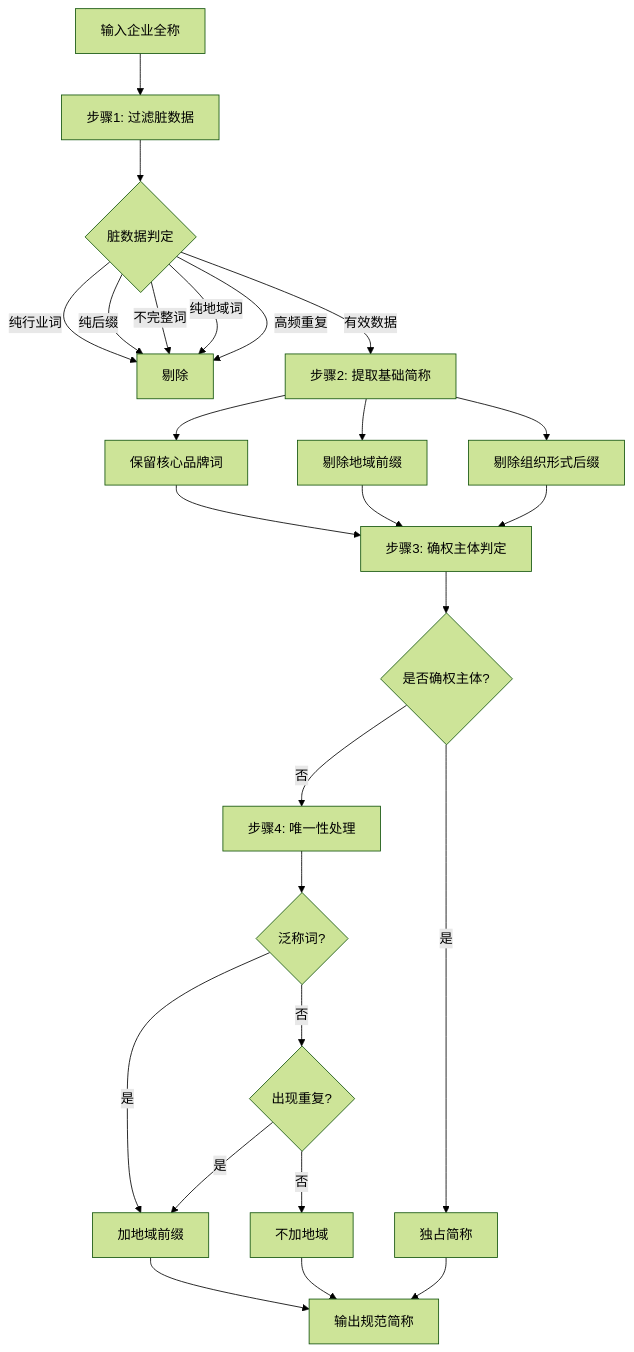
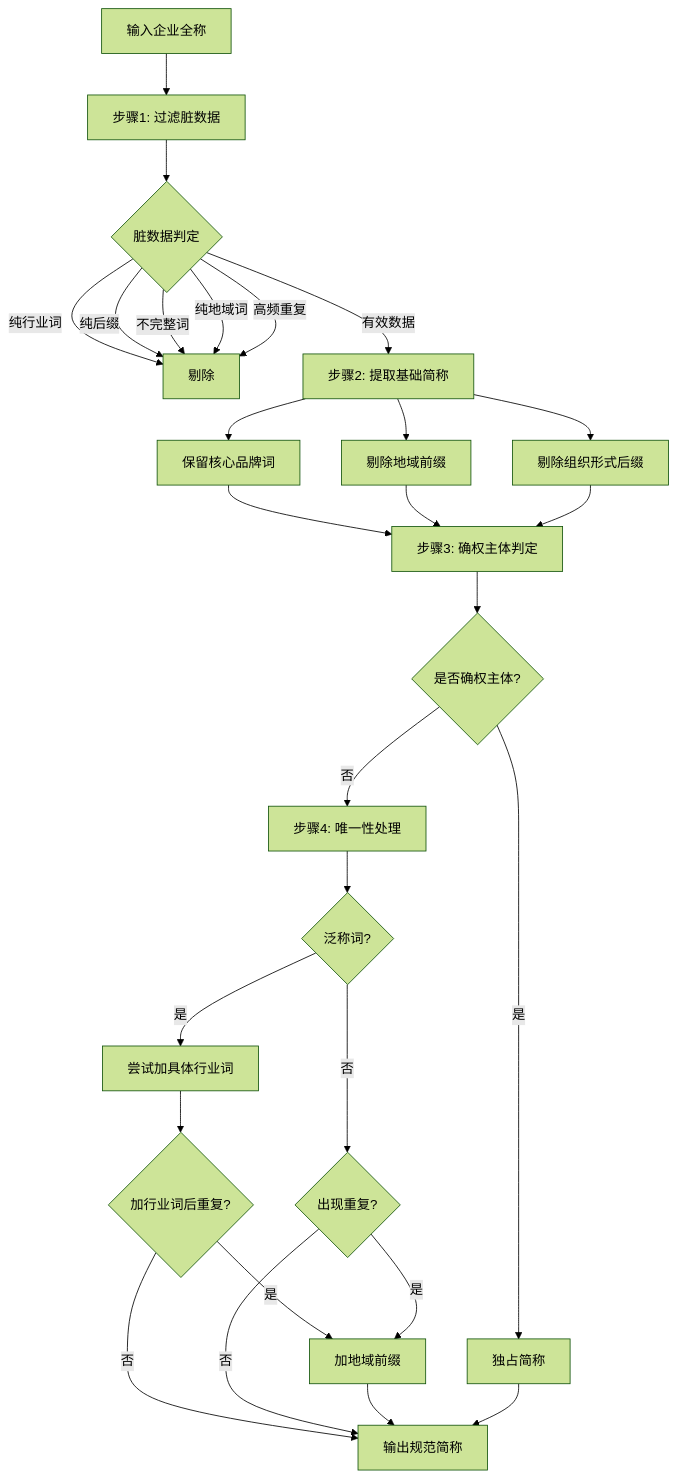
One commit to ayulu01-crypto/company-short-name changed the diagram in README.md. Above: the diagram before and after it, drawn with Mermaid (forest theme). The commit also changed other lines of this file, not shown here.

````diff
--- a/README.md
+++ b/README.md
@@ -31,33 +31,37 @@
 ```mermaid
 graph TD
     A[输入企业全称] --> B[步骤1: 过滤脏数据]
     B --> C{脏数据判定}
     C -->|纯行业词| D[剔除]
     C -->|纯后缀| D
     C -->|不完整词| D
     C -->|纯地域词| D
     C -->|高频重复| D
     C -->|有效数据| E[步骤2: 提取基础简称]
 
     E --> F[保留核心品牌词]
     E --> G[剔除地域前缀]
     E --> H[剔除组织形式后缀]
 
     F --> I[步骤3: 确权主体判定]
     G --> I
     H --> I
 
     I --> J{是否确权主体?}
     J -->|是| K[独占简称]
     J -->|否| L[步骤4: 唯一性处理]
 
     L --> M{泛称词?}
-    M -->|是| N[加地域前缀]
-    M -->|否| O{出现重复?}
-    O -->|是| N
-    O -->|否| P[不加地域]
+    M -->|否| N{出现重复?}
+    M -->|是| O[尝试加具体行业词]
 
-    N --> Q[输出规范简称]
-    P --> Q
+    O --> P{加行业词后重复?}
+    P -->|否| Q[输出规范简称]
+    P -->|是| R[加地域前缀]
+
+    N -->|否| Q
+    N -->|是| R
+
+    R --> Q
     K --> Q
 ```
````
